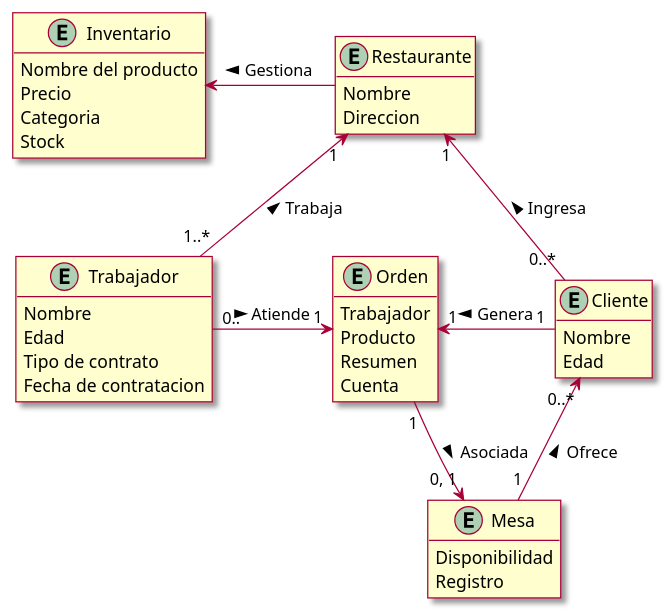
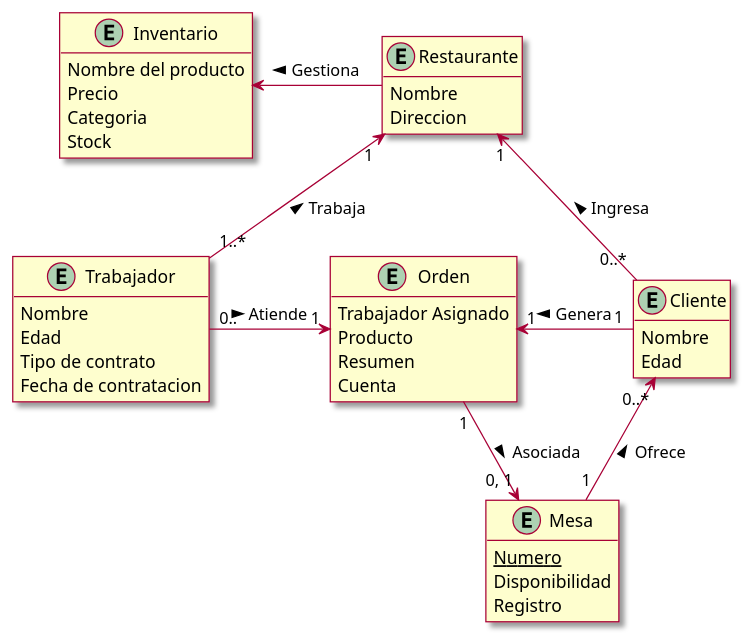
Before and after one commit to DanielDiazVargas/Prog.Av._Taller-1: the diagram in src/Dominio.puml, drawn with PlantUML.

```diff
--- a/src/Dominio.puml
+++ b/src/Dominio.puml
@@ -1,48 +1,49 @@
 @startuml
 skin rose
 hide empty members
 
 entity Restaurante {
 Nombre
 Direccion
 }
 
 entity Trabajador {
 Nombre
 Edad
 Tipo de contrato
 Fecha de contratacion
 }
 
 entity Orden {
-Trabajador
+Trabajador Asignado
 Producto
 Resumen
 Cuenta
 }
 
 entity Mesa {
+{static}Numero
 Disponibilidad
 Registro
 }
 
 entity Cliente {
 Nombre
 Edad
 }
 
 entity Inventario {
 Nombre del producto
 Precio
 Categoria
 Stock
 }
 
 Restaurante -left-> Inventario : Gestiona >
 Restaurante "1" <-right- "0..*" Cliente : Ingresa <
 Restaurante "1" <-down- "1..*" Trabajador : Trabaja <
 Trabajador "0.." -right-> "1" Orden : Atiende >
 Orden "1" -up-> "0, 1" Mesa : Asociada >
 Mesa "1" -up-> "0..*" Cliente : Ofrece >
 Cliente "1" -left-> "1" Orden : Genera >
 @enduml
```
